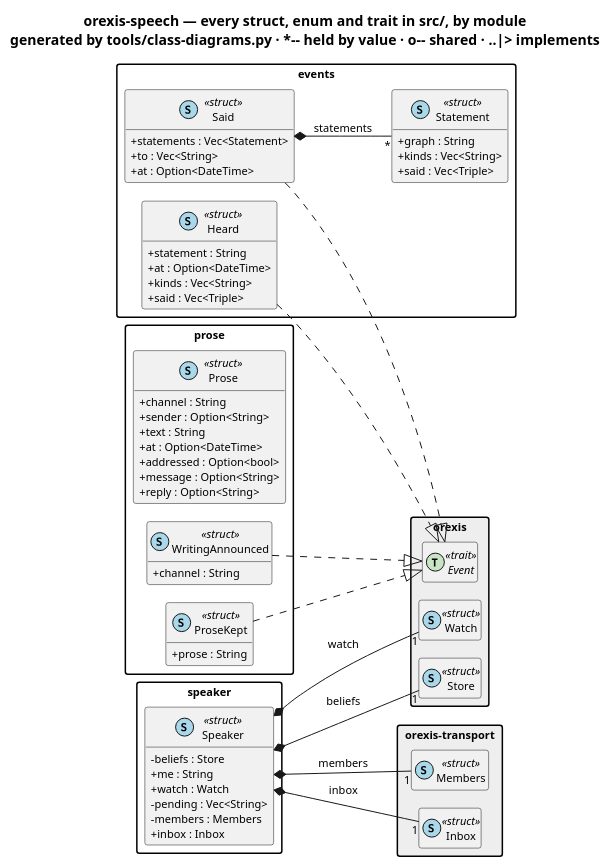
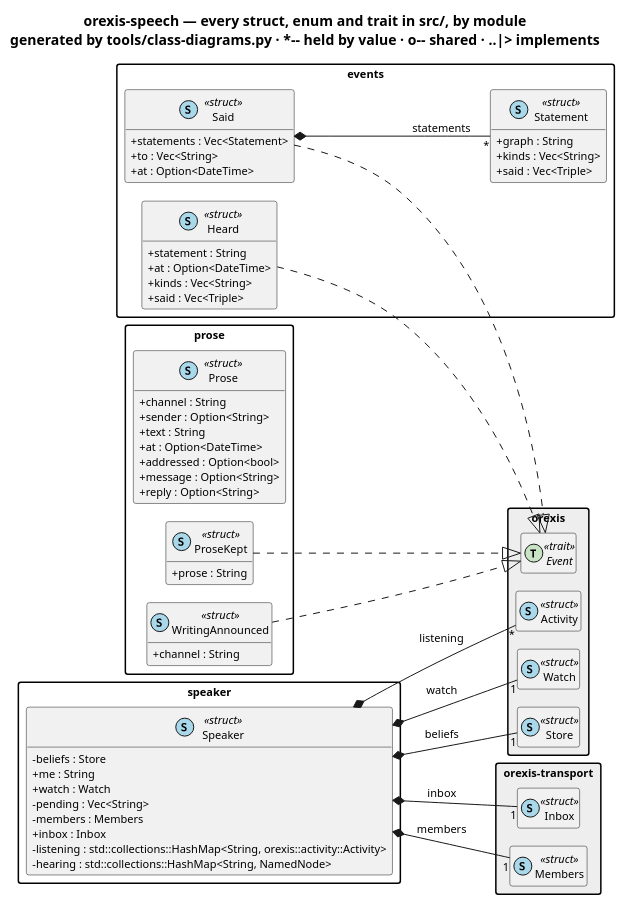
One commit to ShishkinDmitriy/orexis changed the diagram in knowledge/diagrams/package-orexis-speech.puml. Above: the diagram before and after it, drawn with PlantUML. The commit also changed 11 other files, not shown here.

First line of the commit message:
Speech listens on each channel as an activity, and the trace holds in the allotment and the layby

```diff
--- a/knowledge/diagrams/package-orexis-speech.puml
+++ b/knowledge/diagrams/package-orexis-speech.puml
@@ -1,76 +1,80 @@
 @startuml package-orexis-speech
 !pragma layout smetana
 title orexis-speech — every struct, enum and trait in src/, by module\ngenerated by tools/class-diagrams.py · ~*~-~- held by value · o~-~- shared · ..|> implements
 skinparam shadowing false
 skinparam classAttributeIconSize 0
 skinparam defaultFontSize 11
 skinparam packageStyle rectangle
 hide empty members
 left to right direction
 
 package "events" {
   class "Heard" as orexis_speech__events__Heard << (S,#A8D8EA) struct >> {
     {field} +statement : String
     {field} +at : Option<DateTime>
     {field} +kinds : Vec<String>
     {field} +said : Vec<Triple>
   }
   class "Said" as orexis_speech__events__Said << (S,#A8D8EA) struct >> {
     {field} +statements : Vec<Statement>
     {field} +to : Vec<String>
     {field} +at : Option<DateTime>
   }
   class "Statement" as orexis_speech__events__Statement << (S,#A8D8EA) struct >> {
     {field} +graph : String
     {field} +kinds : Vec<String>
     {field} +said : Vec<Triple>
   }
 }
 package "prose" {
   class "Prose" as orexis_speech__prose__Prose << (S,#A8D8EA) struct >> {
     {field} +channel : String
     {field} +sender : Option<String>
     {field} +text : String
     {field} +at : Option<DateTime>
     {field} +addressed : Option<bool>
     {field} +message : Option<String>
     {field} +reply : Option<String>
   }
   class "ProseKept" as orexis_speech__prose__ProseKept << (S,#A8D8EA) struct >> {
     {field} +prose : String
   }
   class "WritingAnnounced" as orexis_speech__prose__WritingAnnounced << (S,#A8D8EA) struct >> {
     {field} +channel : String
   }
 }
 package "speaker" {
   class "Speaker" as orexis_speech__speaker__Speaker << (S,#A8D8EA) struct >> {
     {field} -beliefs : Store
     {field} +me : String
     {field} +watch : Watch
     {field} -pending : Vec<String>
     {field} -members : Members
     {field} +inbox : Inbox
+    {field} -listening : std::collections::HashMap<String, orexis::activity::Activity>
+    {field} -hearing : std::collections::HashMap<String, NamedNode>
   }
 }
 
 package "orexis" #EEEEEE {
+  class "Activity" as orexis__activity__Activity << (S,#A8D8EA) struct >>
   interface "Event" as orexis__events__Event << (T,#C9E4C5) trait >>
   class "Watch" as orexis__events__Watch << (S,#A8D8EA) struct >>
   class "Store" as orexis__store__Store << (S,#A8D8EA) struct >>
 }
 package "orexis-transport" #EEEEEE {
   class "Inbox" as orexis_transport__inbox__Inbox << (S,#A8D8EA) struct >>
   class "Members" as orexis_transport__member__Members << (S,#A8D8EA) struct >>
 }
 
 orexis_speech__events__Said *-- "*" orexis_speech__events__Statement : statements
 orexis_speech__speaker__Speaker *-- "1" orexis__store__Store : beliefs
 orexis_speech__speaker__Speaker *-- "1" orexis__events__Watch : watch
 orexis_speech__speaker__Speaker *-- "1" orexis_transport__member__Members : members
 orexis_speech__speaker__Speaker *-- "1" orexis_transport__inbox__Inbox : inbox
+orexis_speech__speaker__Speaker *-- "*" orexis__activity__Activity : listening
 orexis_speech__events__Heard ..|> orexis__events__Event
 orexis_speech__prose__ProseKept ..|> orexis__events__Event
 orexis_speech__events__Said ..|> orexis__events__Event
 orexis_speech__prose__WritingAnnounced ..|> orexis__events__Event
 @enduml
```
